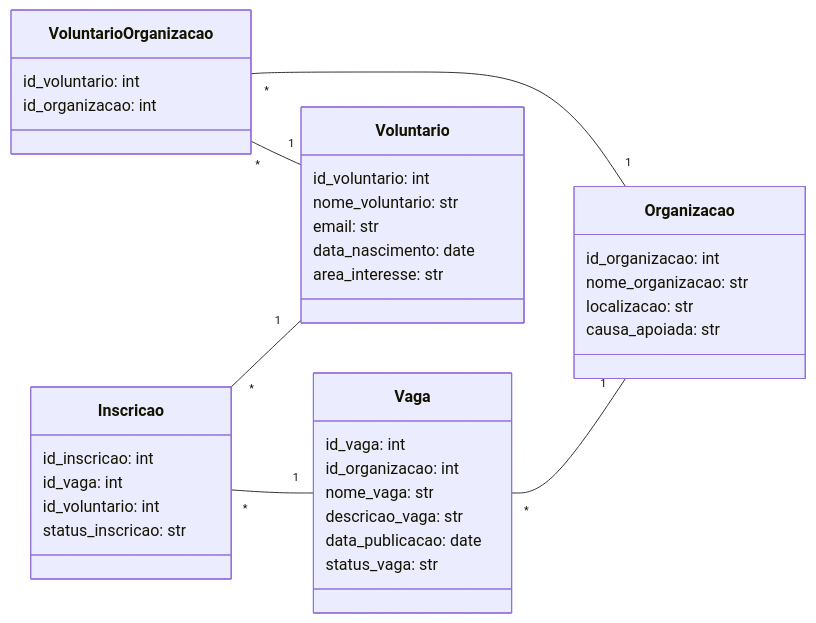
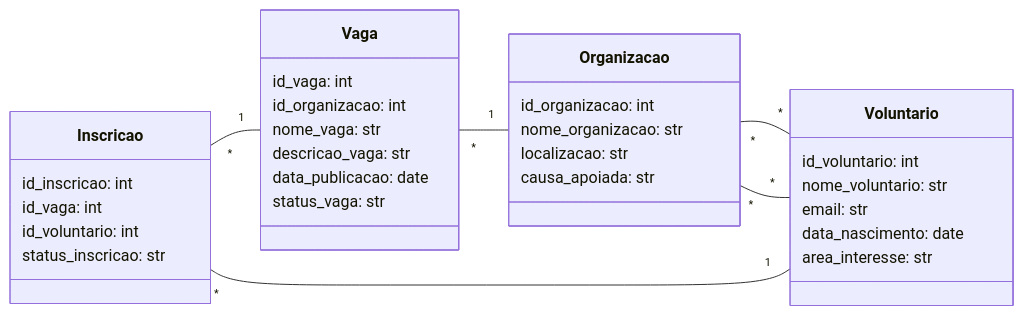
Before and after one commit to milenchaves/engaja_mais: the diagram in README.md, drawn with Mermaid. The commit also changed 6 other files, not shown here.

Commit message:
atualizaçoes de nome e diagrama UML

````diff
--- a/README.md
+++ b/README.md
@@ -5,46 +5,41 @@
 ```mermaid
     classDiagram
     direction RL
     class Voluntario {
         id_voluntario: int
         nome_voluntario: str
         email: str
         data_nascimento: date
         area_interesse: str
     }
 
     class Organizacao {
         id_organizacao: int
         nome_organizacao: str
         localizacao: str
         causa_apoiada: str
     }
 
-    class VoluntarioOrganizacao {
-    id_voluntario: int
-    id_organizacao: int
-}
-
     class Vaga {
         id_vaga: int
         id_organizacao: int
         nome_vaga: str
         descricao_vaga: str
         data_publicacao: date
         status_vaga: str
     }
 
     class Inscricao {
         id_inscricao: int
         id_vaga: int
         id_voluntario: int
         status_inscricao: str
     }
 
-Voluntario "1" -- "*" VoluntarioOrganizacao 
-Organizacao "1" -- "*" VoluntarioOrganizacao 
+Voluntario "*" -- "*" Organizacao
+Organizacao "*" -- "*" Voluntario 
 Organizacao "1" -- "*" Vaga 
 Vaga "1" -- "*" Inscricao 
 Voluntario "1" -- "*" Inscricao  
 
 ```
````
